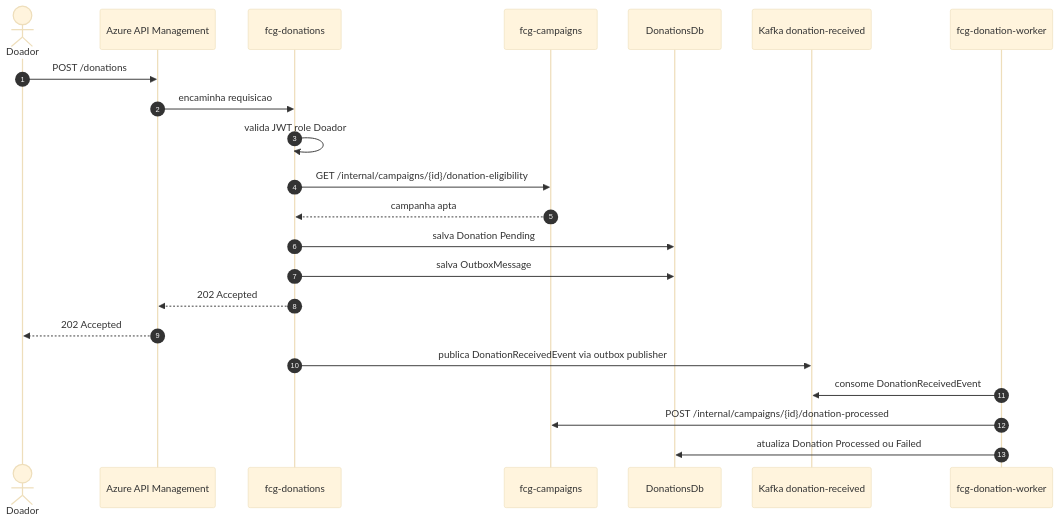
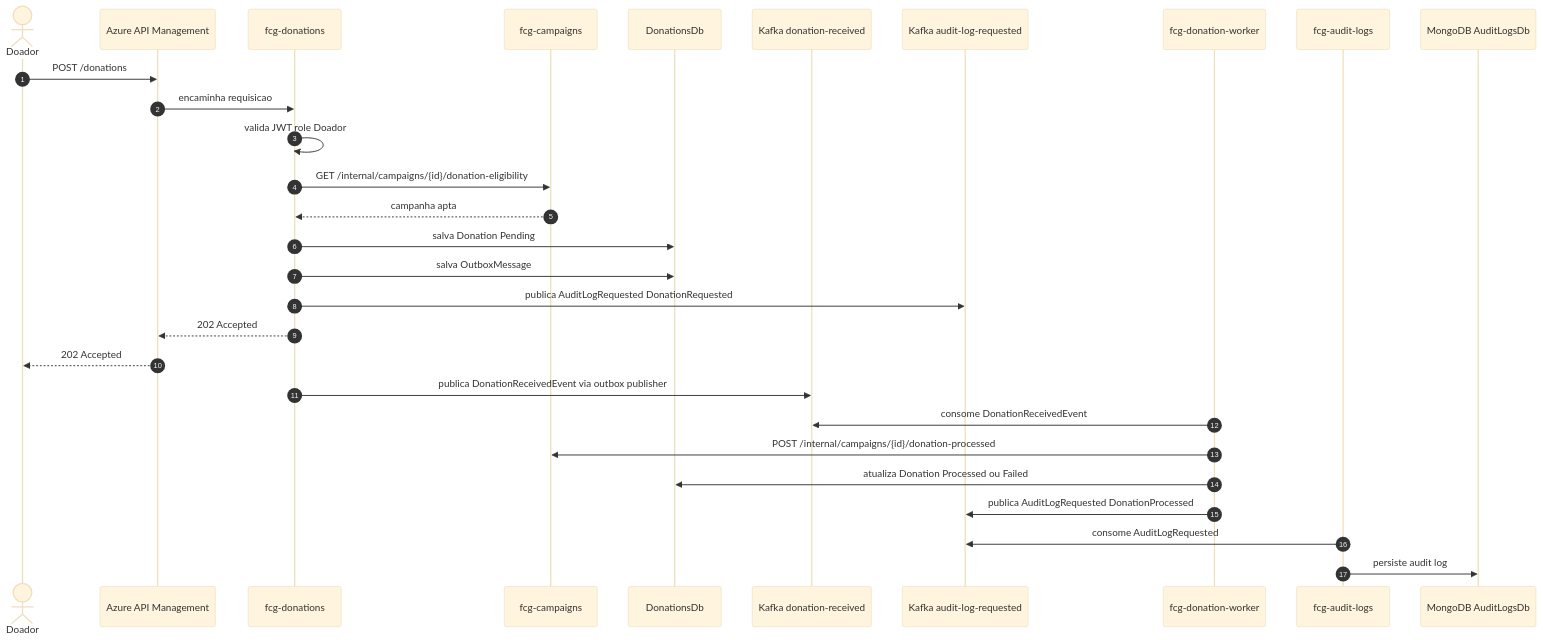
One commit to group10-tc-01/fcs-fase05-docs changed the diagram in architecture/overview.md. Above: the diagram before and after it, drawn with Mermaid (base theme). The commit also changed other lines of this file and 15 other files, not shown here.

````diff
--- a/architecture/overview.md
+++ b/architecture/overview.md
@@ -395,25 +436,32 @@
 ```mermaid
 sequenceDiagram
     autonumber
     actor Donor as Doador
     participant APIM as Azure API Management
     participant DonationsApi as fcg-donations
     participant CampaignsApi as fcg-campaigns
     participant DonationsDb as DonationsDb
     participant Kafka as Kafka donation-received
+    participant AuditKafka as Kafka audit-log-requested
     participant Worker as fcg-donation-worker
+    participant AuditWorker as fcg-audit-logs
+    participant Mongo as MongoDB AuditLogsDb
 
     Donor->>APIM: POST /donations
     APIM->>DonationsApi: encaminha requisicao
     DonationsApi->>DonationsApi: valida JWT role Doador
     DonationsApi->>CampaignsApi: GET /internal/campaigns/{id}/donation-eligibility
     CampaignsApi-->>DonationsApi: campanha apta
     DonationsApi->>DonationsDb: salva Donation Pending
     DonationsApi->>DonationsDb: salva OutboxMessage
+    DonationsApi->>AuditKafka: publica AuditLogRequested DonationRequested
     DonationsApi-->>APIM: 202 Accepted
     APIM-->>Donor: 202 Accepted
     DonationsApi->>Kafka: publica DonationReceivedEvent via outbox publisher
     Worker->>Kafka: consome DonationReceivedEvent
     Worker->>CampaignsApi: POST /internal/campaigns/{id}/donation-processed
     Worker->>DonationsDb: atualiza Donation Processed ou Failed
+    Worker->>AuditKafka: publica AuditLogRequested DonationProcessed
+    AuditWorker->>AuditKafka: consome AuditLogRequested
+    AuditWorker->>Mongo: persiste audit log
 ```
````
